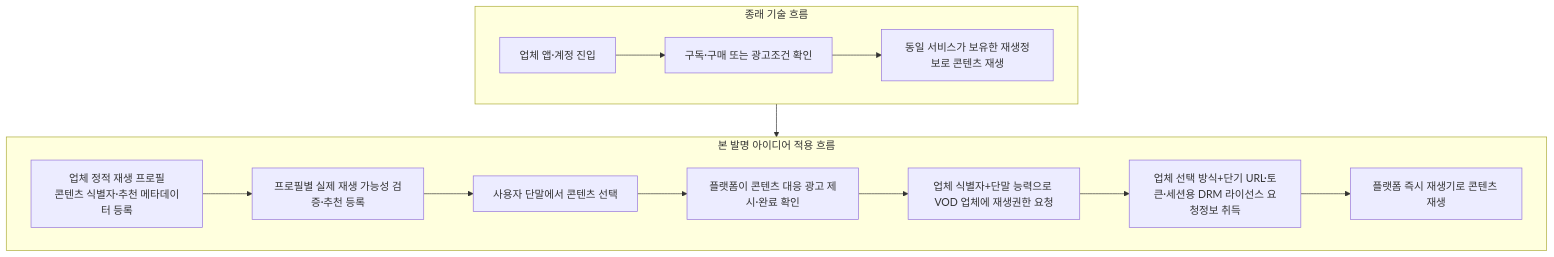
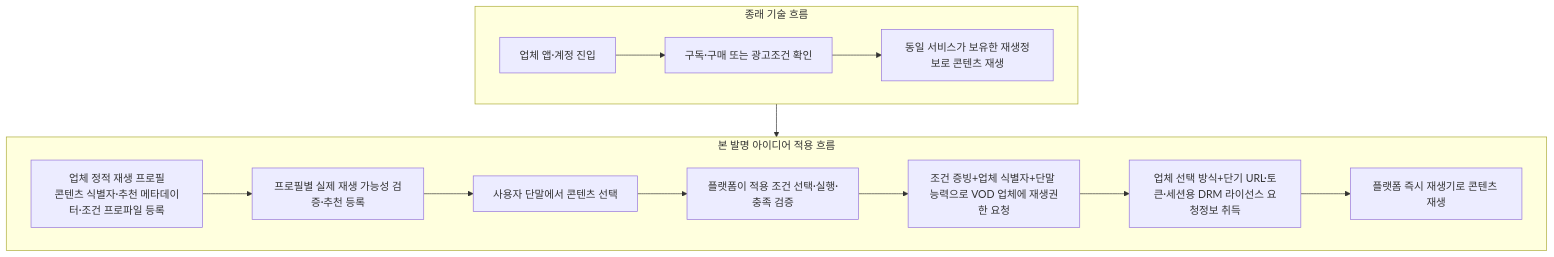
The first of 11 diagrams in instant_play_직무발명서.md (growdai1y/instant-play), drawn with Mermaid before and after one commit. The commit also changed other lines of this file, not shown here.

````diff
--- a/instant_play_직무발명서.md
+++ b/instant_play_직무발명서.md
@@ -81,18 +83,18 @@
 ```mermaid
 flowchart TB
     subgraph OLD["종래 기술 흐름"]
         O1["업체 앱·계정 진입"] --> O2["구독·구매 또는 광고조건 확인"]
         O2 --> O3["동일 서비스가 보유한 재생정보로 콘텐츠 재생"]
     end
 
     subgraph NEW["본 발명 아이디어 적용 흐름"]
-        N1["업체 정적 재생 프로필<br/>콘텐츠 식별자·추천 메타데이터 등록"] --> N2["프로필별 실제 재생 가능성 검증·추천 등록"]
+        N1["업체 정적 재생 프로필<br/>콘텐츠 식별자·추천 메타데이터·조건 프로파일 등록"] --> N2["프로필별 실제 재생 가능성 검증·추천 등록"]
         N2 --> N3["사용자 단말에서 콘텐츠 선택"]
-        N3 --> N4["플랫폼이 콘텐츠 대응 광고 제시·완료 확인"]
-        N4 --> N5["업체 식별자+단말 능력으로 VOD 업체에 재생권한 요청"]
+        N3 --> N4["플랫폼이 적용 조건 선택·실행·충족 검증"]
+        N4 --> N5["조건 증빙+업체 식별자+단말 능력으로 VOD 업체에 재생권한 요청"]
         N5 --> N6["업체 선택 방식+단기 URL·토큰·세션용 DRM 라이선스 요청정보 취득"]
         N6 --> N7["플랫폼 즉시 재생기로 콘텐츠 재생"]
     end
 
     OLD --> NEW
 ```
````
